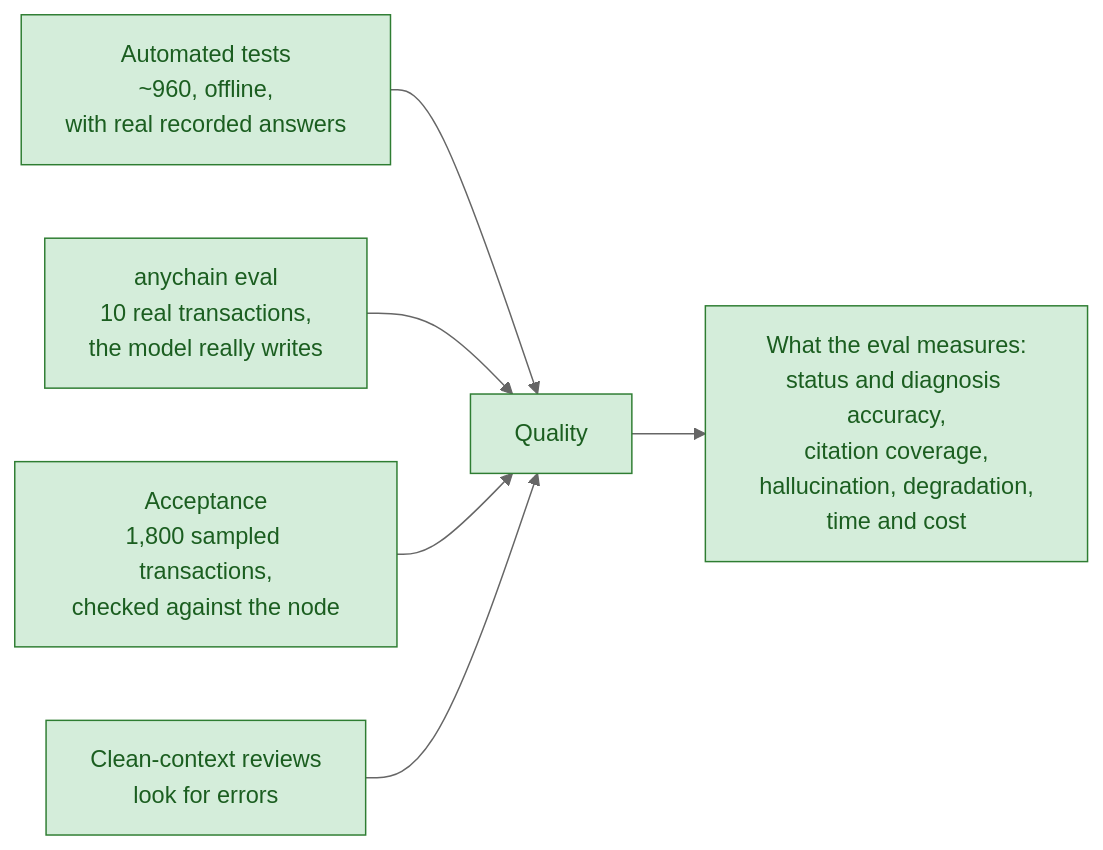
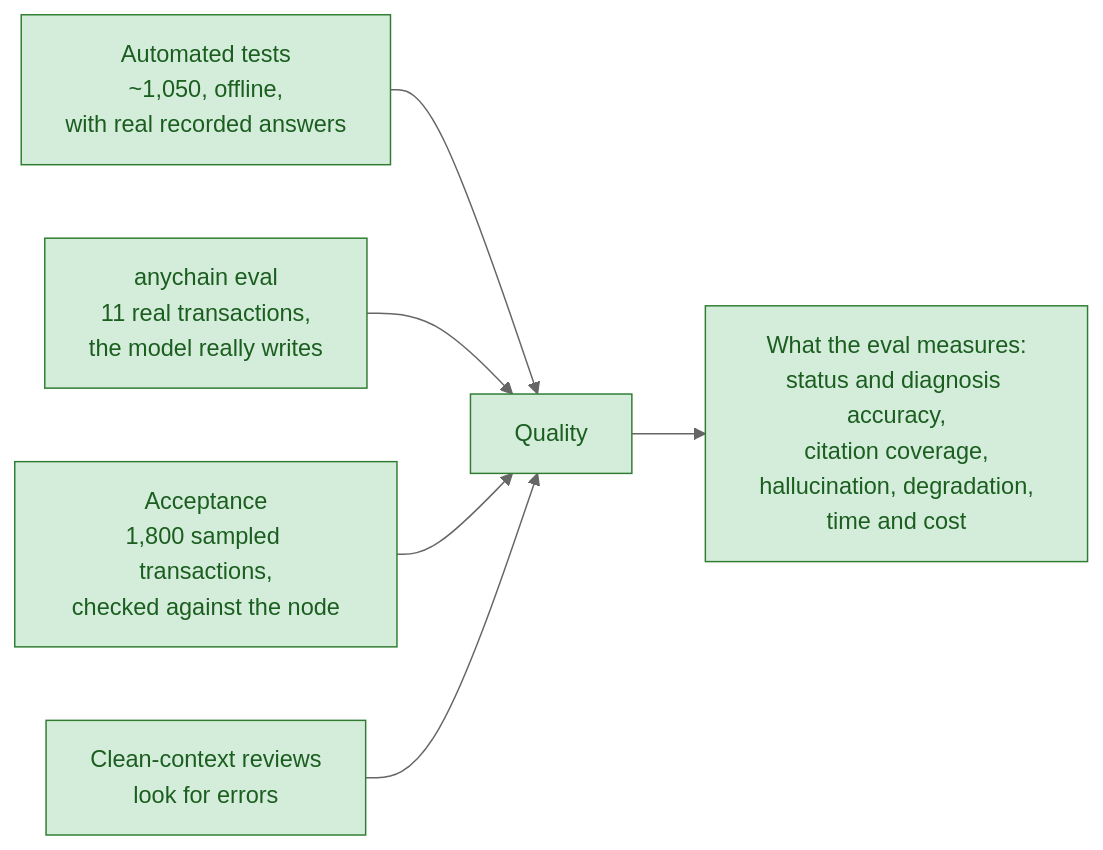
One commit to Ebaoj/anychain changed the sixth of 9 diagrams in docs/ARCHITECTURE.md. Above: the diagram before and after it, drawn with Mermaid (neutral theme). The commit also changed other lines of this file and 11 other files, not shown here.

First line of the commit message:
Deliverable up to date after D59-D67: README (page, full API, all metrics SQL, impact summary, mirror note, rounding), fresh samples and eval, architecture docs to D67; support prompt keeps token names and the inner error (D68)

````diff
--- a/docs/ARCHITECTURE.md
+++ b/docs/ARCHITECTURE.md
@@ -206,11 +206,11 @@
 ```mermaid
 flowchart LR
-    T["Automated tests<br/>~960, offline,<br/>with real recorded answers"] --> Q["Quality"]
-    E["anychain eval<br/>10 real transactions,<br/>the model really writes"] --> Q
+    T["Automated tests<br/>~1,050, offline,<br/>with real recorded answers"] --> Q["Quality"]
+    E["anychain eval<br/>11 real transactions,<br/>the model really writes"] --> Q
     A["Acceptance<br/>1,800 sampled transactions,<br/>checked against the node"] --> Q
     V["Clean-context reviews<br/>look for errors"] --> Q
     Q --> M["What the eval measures:<br/>status and diagnosis accuracy,<br/>citation coverage,<br/>hallucination, degradation,<br/>time and cost"]
 
     classDef done fill:#d4edda,stroke:#2e7d32,color:#1b5e20
     class T,E,A,V,Q,M done
 ```
````
